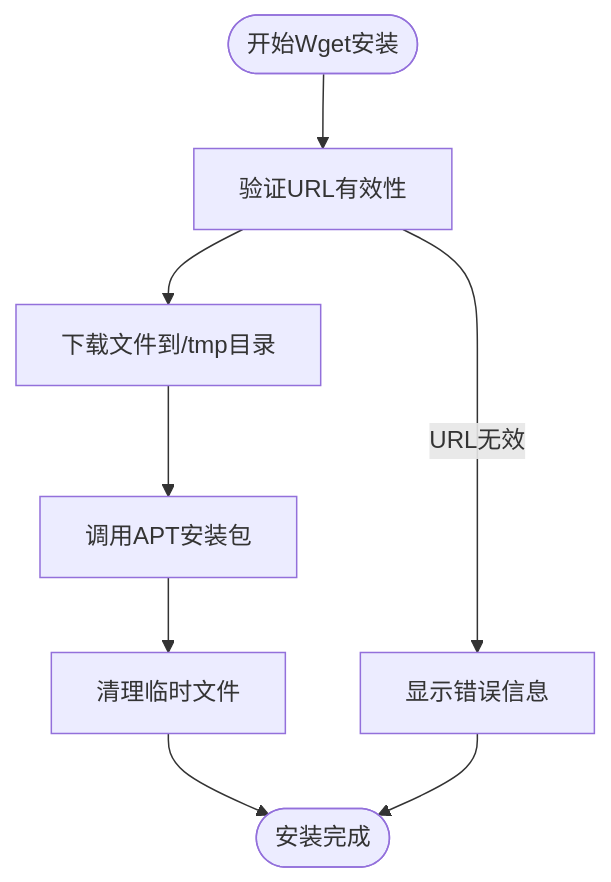
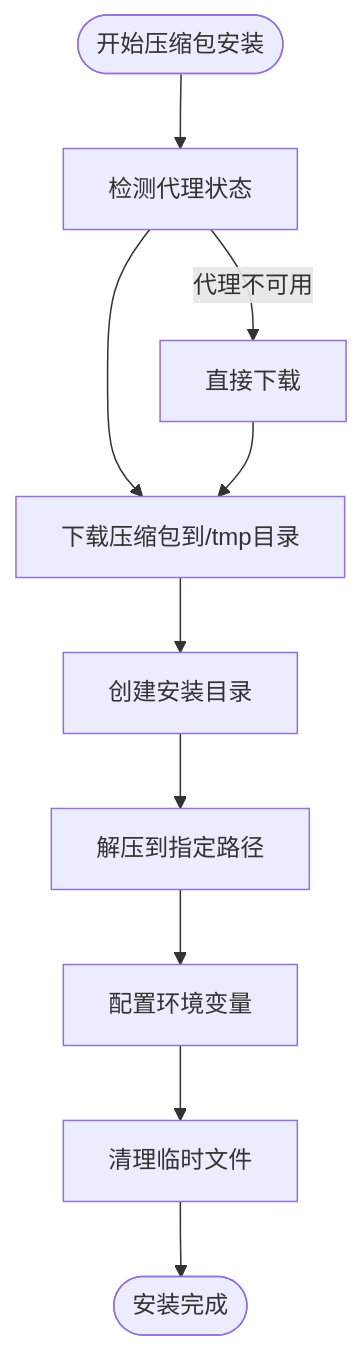
One commit to firestrongarch/install changed the fifth of 13 diagrams in .qoder/repowiki/zh/content/核心功能/核心功能.md. Above: the diagram before and after it, drawn with Mermaid. The commit also changed other lines of this file and 5 other files, not shown here.

````diff
--- a/.qoder/repowiki/zh/content/核心功能/核心功能.md
+++ b/.qoder/repowiki/zh/content/核心功能/核心功能.md
@@ -237,10 +289,12 @@
 ```mermaid
 flowchart TD
-Start([开始Wget安装]) --> ValidateURL["验证URL有效性"]
-ValidateURL --> DownloadFile["下载文件到/tmp目录"]
-DownloadFile --> InstallPackage["调用APT安装包"]
-InstallPackage --> Cleanup["清理临时文件"]
+Start([开始压缩包安装]) --> DetectProxy["检测代理状态"]
+DetectProxy --> DownloadFile["下载压缩包到/tmp目录"]
+DownloadFile --> CreateDir["创建安装目录"]
+CreateDir --> ExtractPackage["解压到指定路径"]
+ExtractPackage --> SetupEnvironment["配置环境变量"]
+SetupEnvironment --> Cleanup["清理临时文件"]
 Cleanup --> Complete([安装完成])
-ValidateURL --> |URL无效| Error[显示错误信息]
-Error --> Complete
+DetectProxy --> |代理不可用| DirectDownload[直接下载]
+DirectDownload --> DownloadFile
 ```
````
